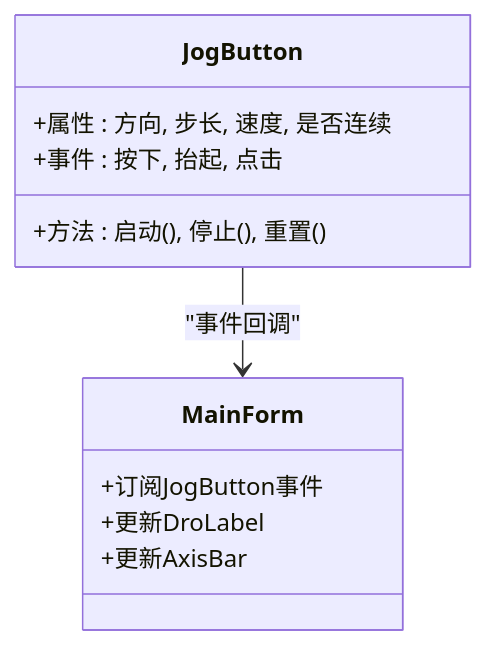
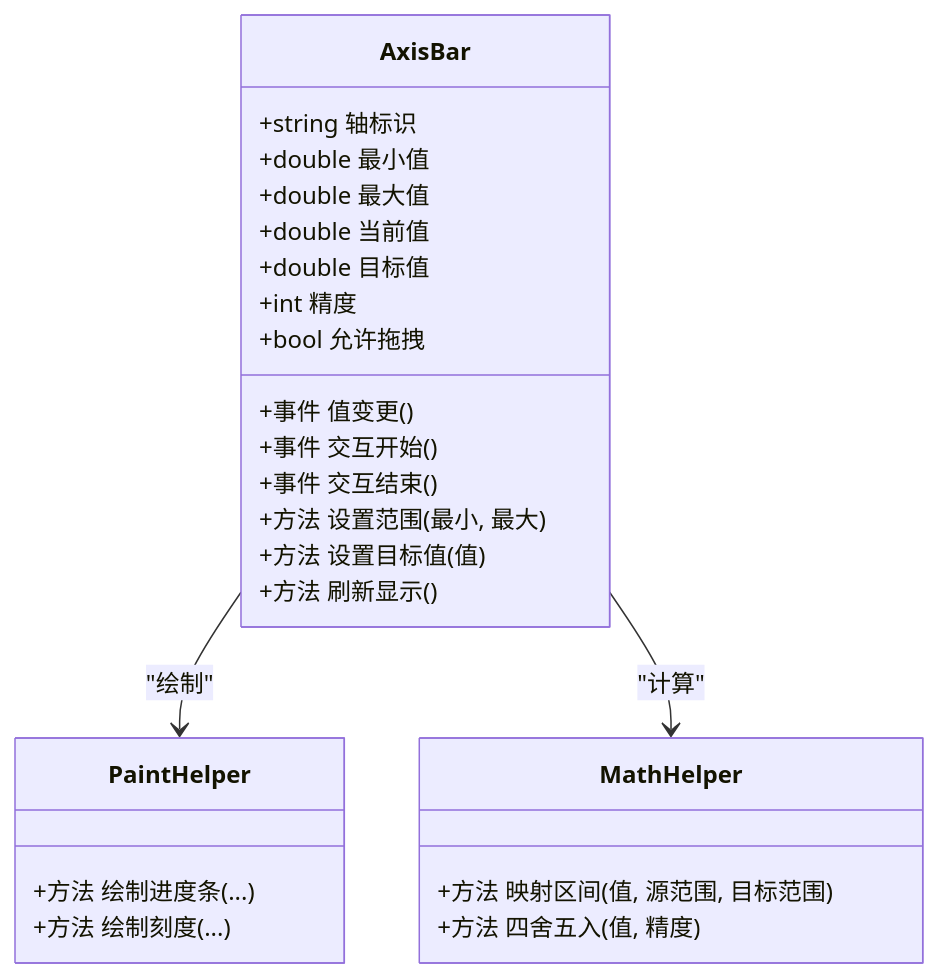
The third of 6 diagrams in .qoder/repowiki/zh/content/自定义控件库/基础控件.md (fuweiq94-cloud/3399180760), drawn with Mermaid before and after one commit. The commit also changed other lines of this file and 94 other files, not shown here.

````diff
--- a/.qoder/repowiki/zh/content/自定义控件库/基础控件.md
+++ b/.qoder/repowiki/zh/content/自定义控件库/基础控件.md
@@ -157,14 +179,28 @@
 ```mermaid
 classDiagram
-class JogButton {
-+属性 : 方向, 步长, 速度, 是否连续
-+事件 : 按下, 抬起, 点击
-+方法 : 启动(), 停止(), 重置()
+class AxisBar {
++string 轴标识
++double 最小值
++double 最大值
++double 当前值
++double 目标值
++int 精度
++bool 允许拖拽
++事件 值变更()
++事件 交互开始()
++事件 交互结束()
++方法 设置范围(最小, 最大)
++方法 设置目标值(值)
++方法 刷新显示()
 }
-class MainForm {
-+订阅JogButton事件
-+更新DroLabel
-+更新AxisBar
+class PaintHelper {
++方法 绘制进度条(...)
++方法 绘制刻度(...)
 }
-JogButton --> MainForm : "事件回调"
+class MathHelper {
++方法 映射区间(值, 源范围, 目标范围)
++方法 四舍五入(值, 精度)
+}
+AxisBar --> PaintHelper : "绘制"
+AxisBar --> MathHelper : "计算"
 ```
````
